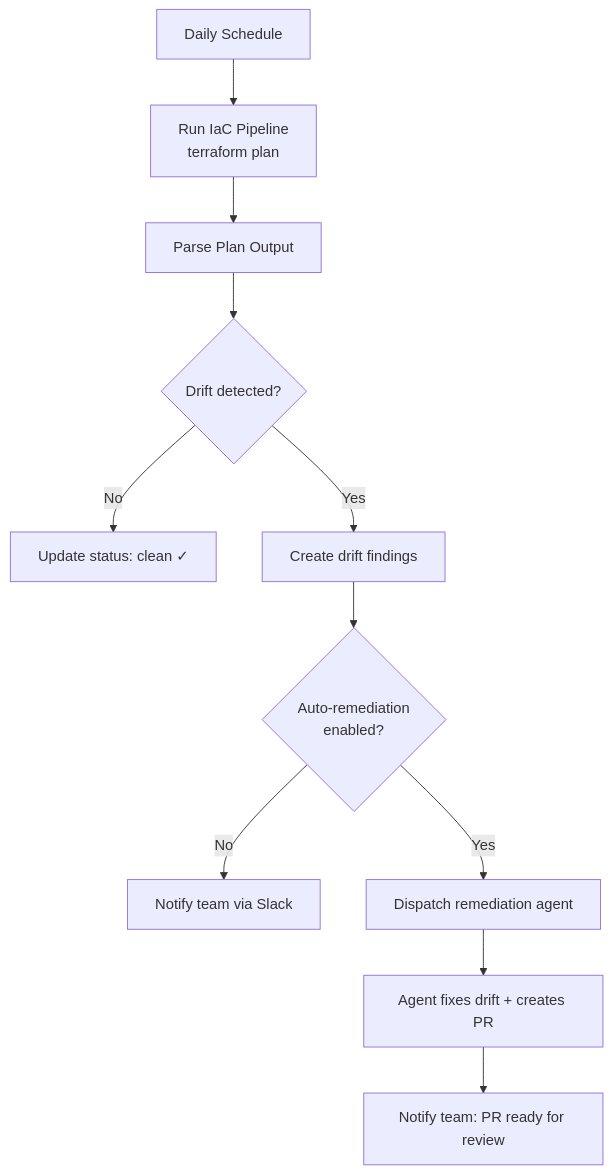
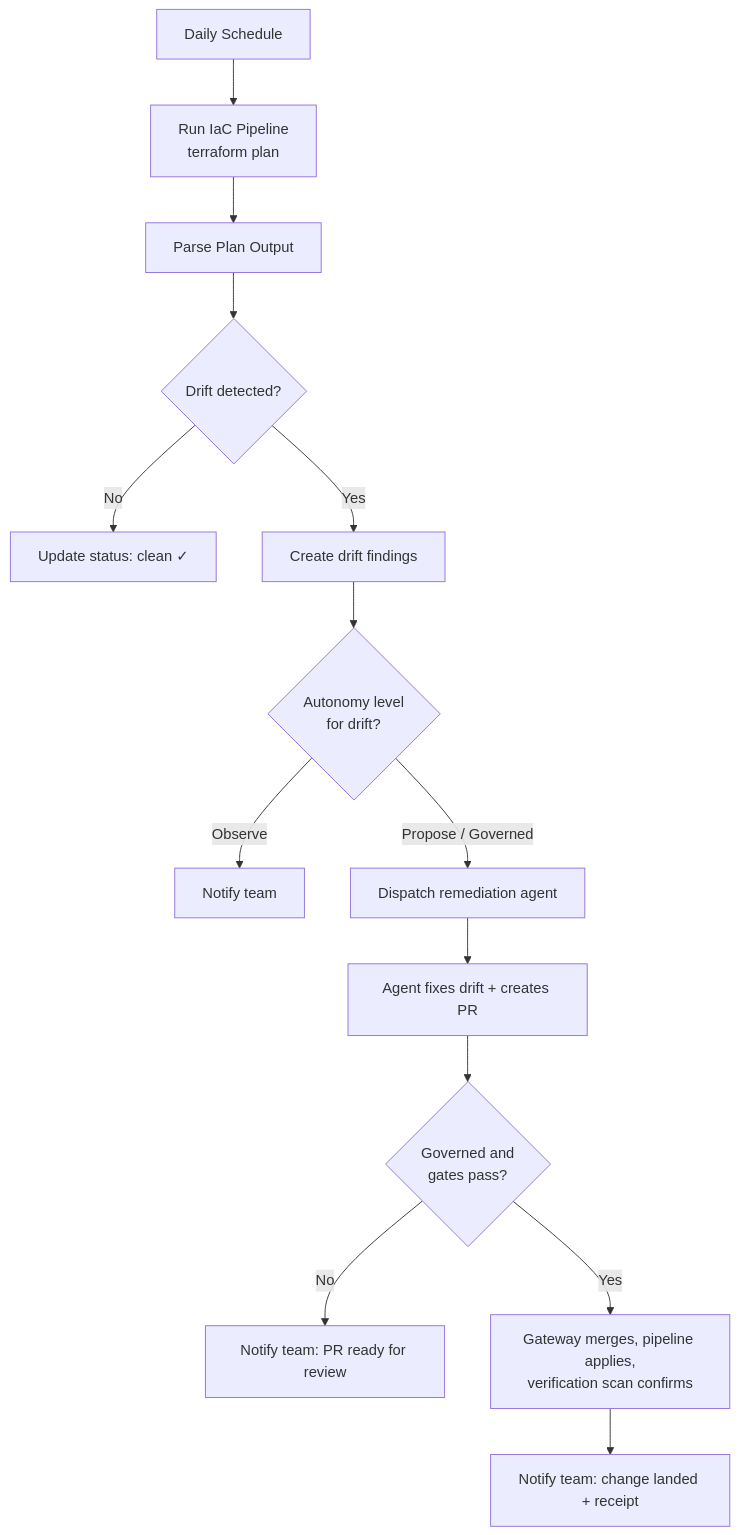
The first of 2 diagrams in 10-autonomy-notifications.md (Cloudgeni-ai/infrastructure-agents-guide), drawn with Mermaid before and after one commit. The commit also changed other lines of this file and 13 other files, not shown here.

````diff
--- a/10-autonomy-notifications.md
+++ b/10-autonomy-notifications.md
@@ -105,13 +137,16 @@
 ```mermaid
 graph TD
     SCHEDULE[Daily Schedule] --> SCAN[Run IaC Pipeline<br/>terraform plan]
     SCAN --> PARSE[Parse Plan Output]
     PARSE --> CHECK{Drift detected?}
     CHECK -->|No| CLEAN[Update status: clean ✓]
     CHECK -->|Yes| FINDINGS[Create drift findings]
-    FINDINGS --> AUTO{Auto-remediation<br/>enabled?}
-    AUTO -->|No| NOTIFY[Notify team via Slack]
-    AUTO -->|Yes| DISPATCH[Dispatch remediation agent]
+    FINDINGS --> AUTO{Autonomy level<br/>for drift?}
+    AUTO -->|Observe| NOTIFY[Notify team]
+    AUTO -->|Propose / Governed| DISPATCH[Dispatch remediation agent]
     DISPATCH --> FIX[Agent fixes drift + creates PR]
-    FIX --> NOTIFY2[Notify team: PR ready for review]
+    FIX --> GATE{Governed and<br/>gates pass?}
+    GATE -->|No| NOTIFY2[Notify team: PR ready for review]
+    GATE -->|Yes| LAND[Gateway merges, pipeline applies,<br/>verification scan confirms]
+    LAND --> NOTIFY3[Notify team: change landed + receipt]
 ```
````
